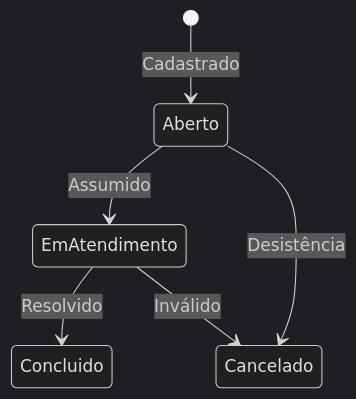
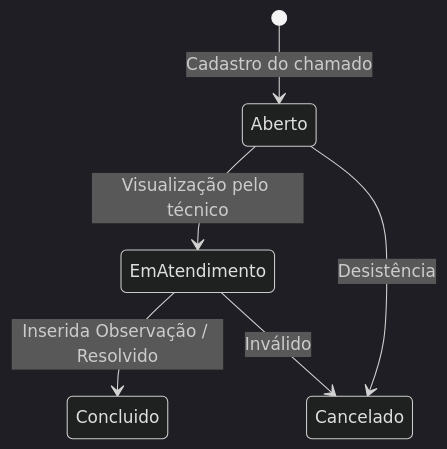
Before and after one commit to EduardoHenrrykSimonato/portfolio-2-claretiano: the fifth of 6 diagrams in README.md, drawn with Mermaid (dark theme). The commit also changed other lines of this file, not shown here.

Commit message:
Melhora diagramas Mermaid do README

````diff
--- a/README.md
+++ b/README.md
@@ -302,8 +372,8 @@
 ```mermaid
 stateDiagram-v2
-    [*] --> Aberto: Cadastrado
-    Aberto --> EmAtendimento: Assumido
-    EmAtendimento --> Concluido: Resolvido
-    Aberto --> Cancelado: Desistência
-    EmAtendimento --> Cancelado: Inválido
+    [*] --> Aberto : Cadastro do chamado
+    Aberto --> EmAtendimento : Visualização pelo técnico
+    EmAtendimento --> Concluido : Inserida Observação / Resolvido
+    EmAtendimento --> Cancelado : Inválido
+    Aberto --> Cancelado : Desistência
 ```
````
